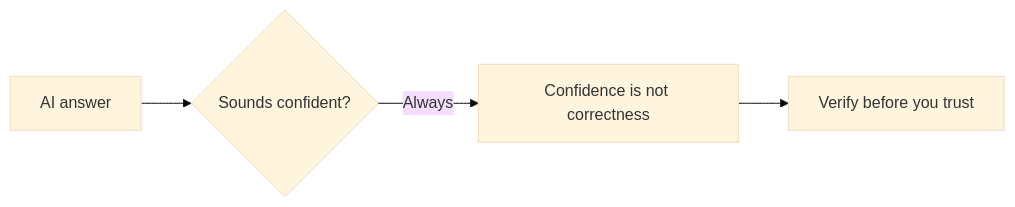
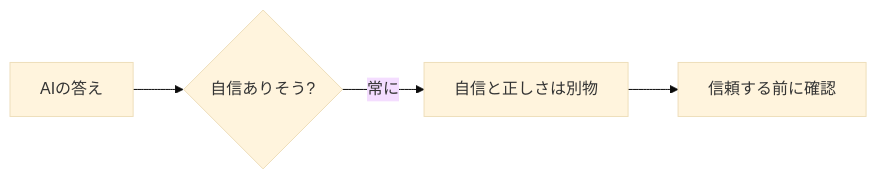
One commit to KakkoiDev/izumo-io changed the diagram in content/ai/a01.ja.md. Above: the diagram before and after it, drawn with Mermaid (base theme). The commit also changed 47 other files, not shown here.

First line of the commit message:
Translate mermaid diagram labels to JA + PT in AI lessons

````diff
--- a/content/ai/a01.ja.md
+++ b/content/ai/a01.ja.md
@@ -18,6 +18,6 @@
 ```mermaid
 flowchart LR
-    A[AI answer] --> B{Sounds confident?}
-    B -->|Always| C[Confidence is not correctness]
-    C --> D[Verify before you trust]
+    A[AIの答え] --> B{自信ありそう?}
+    B -->|常に| C[自信と正しさは別物]
+    C --> D[信頼する前に確認]
 ```
````
